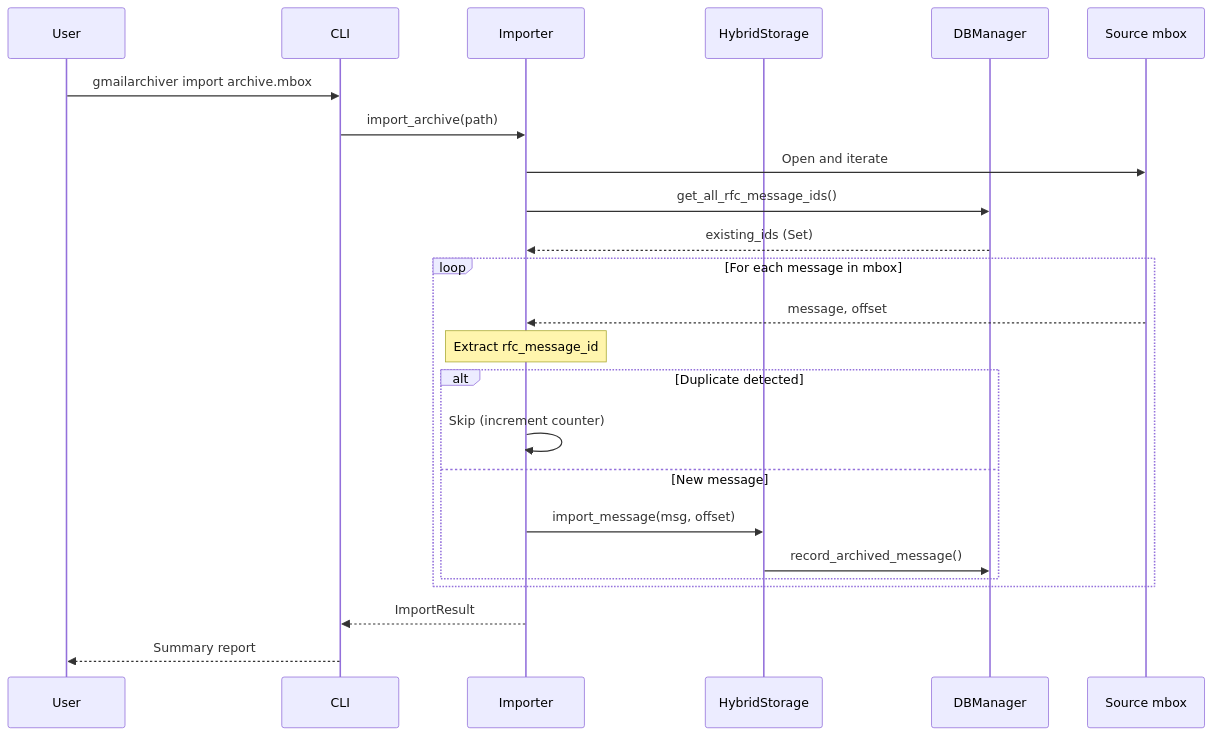
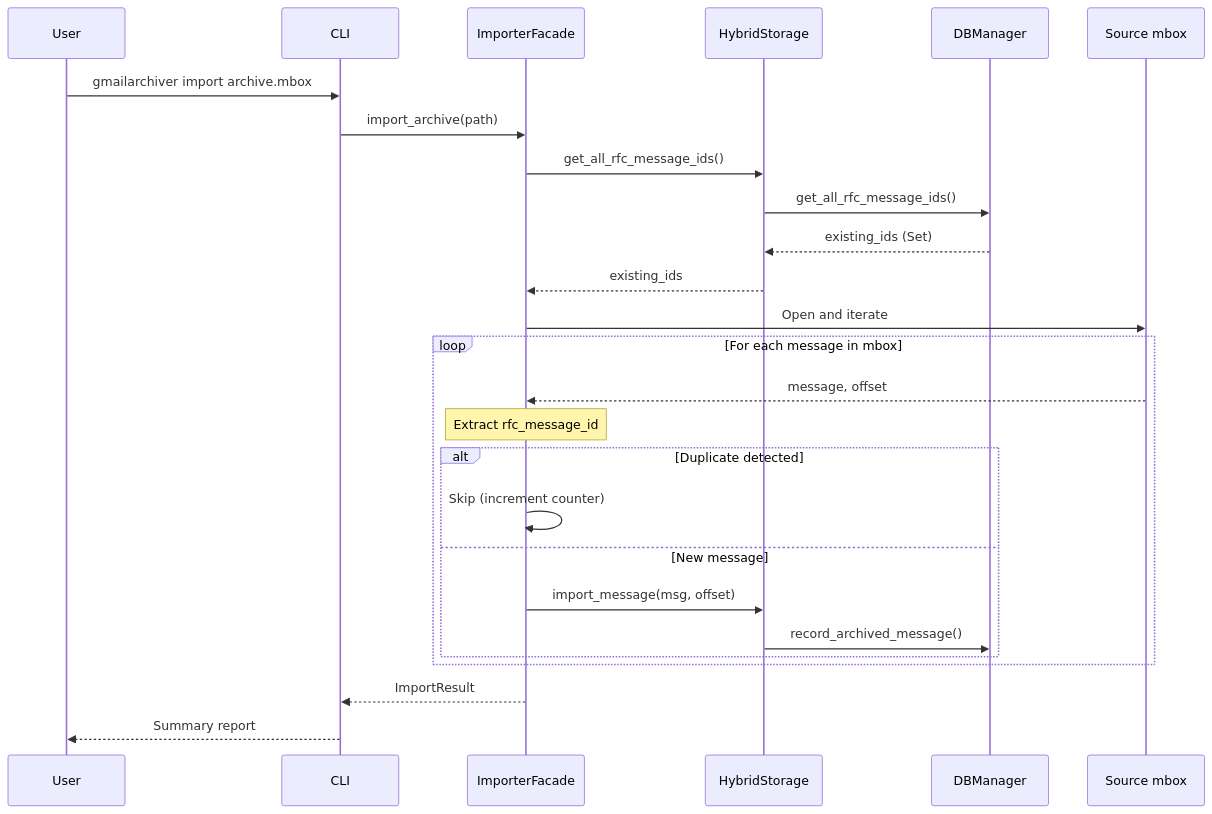
One commit to tumma72/GMailArchiver changed diagram 12 of 23 in docs/ARCHITECTURE.md. Above: the diagram before and after it, drawn with Mermaid. The commit also changed other lines of this file and 53 other files, not shown here.

First line of the commit message:
refactor: Major architecture cleanup - HybridStorage as single data gateway

````diff
--- a/docs/ARCHITECTURE.md
+++ b/docs/ARCHITECTURE.md
@@ -536,32 +559,35 @@
 ```mermaid
 sequenceDiagram
     participant User
     participant CLI
-    participant Importer
+    participant Importer as ImporterFacade
     participant HS as HybridStorage
     participant DB as DBManager
     participant MBOX as Source mbox
 
     User->>CLI: gmailarchiver import archive.mbox
     CLI->>Importer: import_archive(path)
 
+    Importer->>HS: get_all_rfc_message_ids()
+    HS->>DB: get_all_rfc_message_ids()
+    DB-->>HS: existing_ids (Set)
+    HS-->>Importer: existing_ids
+
     Importer->>MBOX: Open and iterate
-    Importer->>DB: get_all_rfc_message_ids()
-    DB-->>Importer: existing_ids (Set)
 
     loop For each message in mbox
         MBOX-->>Importer: message, offset
 
         Note over Importer: Extract rfc_message_id
 
         alt Duplicate detected
             Importer->>Importer: Skip (increment counter)
         else New message
             Importer->>HS: import_message(msg, offset)
             HS->>DB: record_archived_message()
         end
     end
 
     Importer-->>CLI: ImportResult
     CLI-->>User: Summary report
 ```
````
